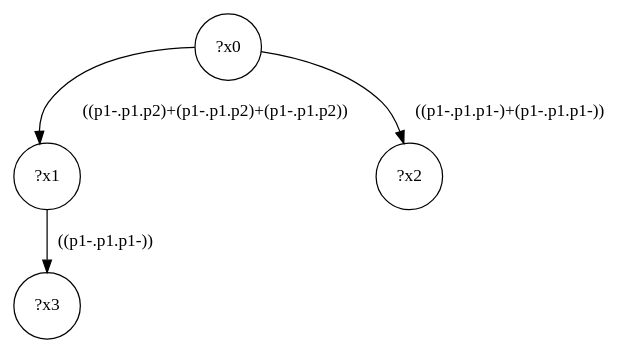
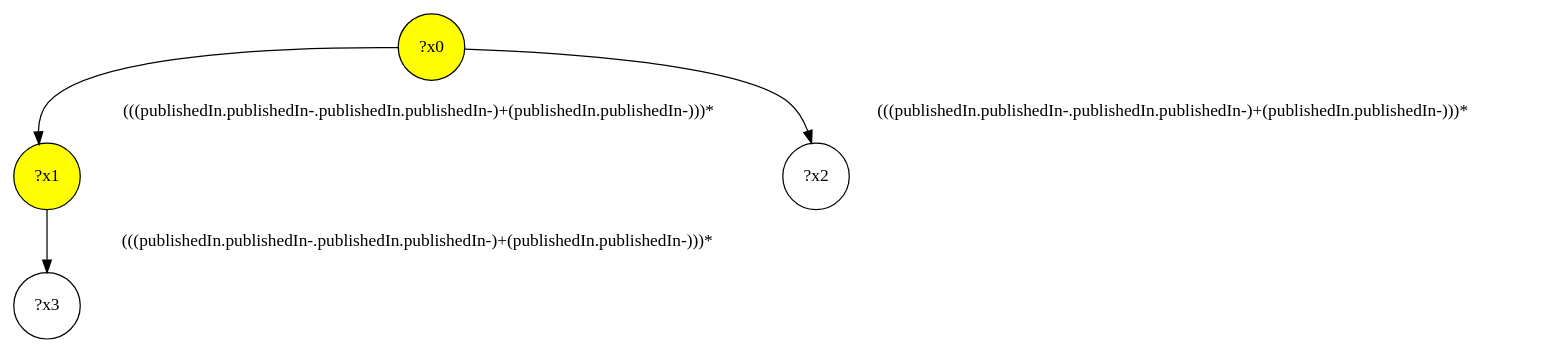
Before and after one commit to gbagan/gmark: the diagram in src/queryinterface/interface-queries/query-27.dot, drawn with Graphviz. The commit also changed 150 other files, not shown here.

```diff
--- a/src/queryinterface/interface-queries/query-27.dot
+++ b/src/queryinterface/interface-queries/query-27.dot
@@ -1,9 +1,9 @@
 digraph g {
-	x0 [shape=circle, label="?x0"];
-	x1 [shape=circle, label="?x1"];
-	x0 -> x1 [label="((p1-.p1.p2)+(p1-.p1.p2)+(p1-.p1.p2))"];
+	x0 [fillcolor="yellow", style="filled," shape=circle, label="?x0"];
+	x1 [fillcolor="yellow", style="filled," shape=circle, label="?x1"];
+	x0 -> x1 [label="(((publishedIn.publishedIn-.publishedIn.publishedIn-)+(publishedIn.publishedIn-)))*"];
 	x2 [shape=circle, label="?x2"];
-	x0 -> x2 [label="((p1-.p1.p1-)+(p1-.p1.p1-))"];
+	x0 -> x2 [label="(((publishedIn.publishedIn-.publishedIn.publishedIn-)+(publishedIn.publishedIn-)))*"];
 	x3 [shape=circle, label="?x3"];
-	x1 -> x3 [label="((p1-.p1.p1-))"];
+	x1 -> x3 [label="(((publishedIn.publishedIn-.publishedIn.publishedIn-)+(publishedIn.publishedIn-)))*"];
 }
```
